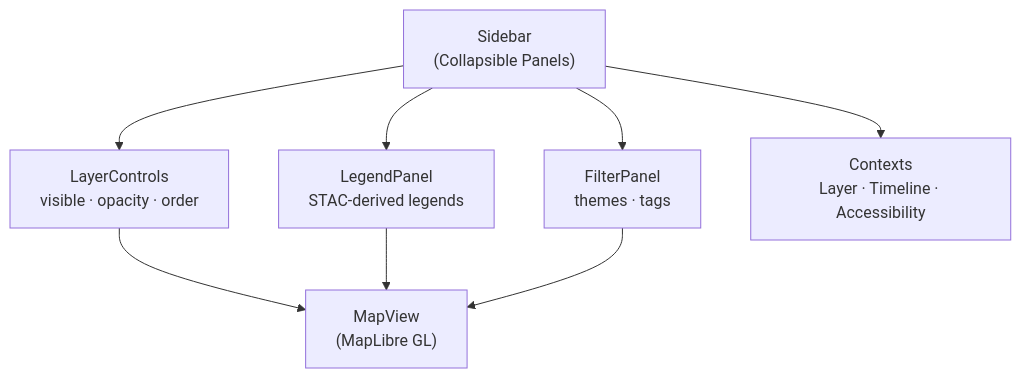
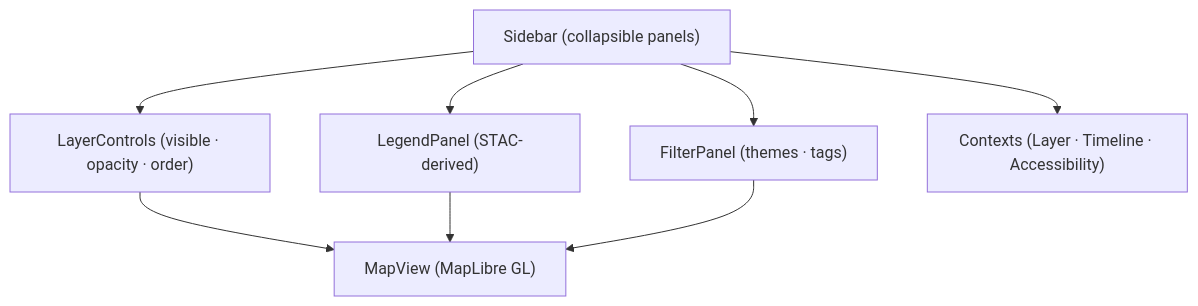
One commit to bartytime4life/Kansas-Frontier-Matrix changed the first of 2 diagrams in web/src/components/Sidebar/README.md. Above: the diagram before and after it, drawn with Mermaid. The commit also changed other lines of this file, not shown here.

````diff
--- a/web/src/components/Sidebar/README.md
+++ b/web/src/components/Sidebar/README.md
@@ -46,11 +121,10 @@
 ```mermaid
 flowchart TD
-  SB["Sidebar<br/>(Collapsible Panels)"] --> LC["LayerControls<br/>visible · opacity · order"]
-  SB --> LP["LegendPanel<br/>STAC-derived legends"]
-  SB --> FP["FilterPanel<br/>themes · tags"]
-  SB --> CTX["Contexts<br/>Layer · Timeline · Accessibility"]
-  LC --> MAP["MapView<br/>(MapLibre GL)"]
+  SB["Sidebar (collapsible panels)"] --> LC["LayerControls (visible · opacity · order)"]
+  SB --> LP["LegendPanel (STAC-derived)"]
+  SB --> FP["FilterPanel (themes · tags)"]
+  SB --> CTX["Contexts (Layer · Timeline · Accessibility)"]
+  LC --> MAP["MapView (MapLibre GL)"]
   LP --> MAP
   FP --> MAP
-%% END OF MERMAID
 ```
````
